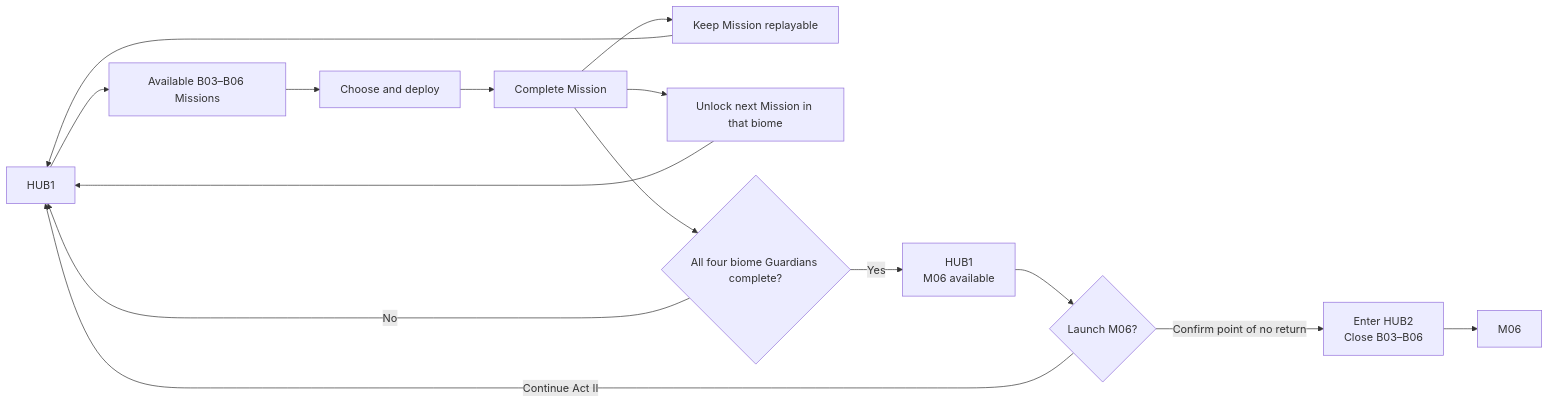
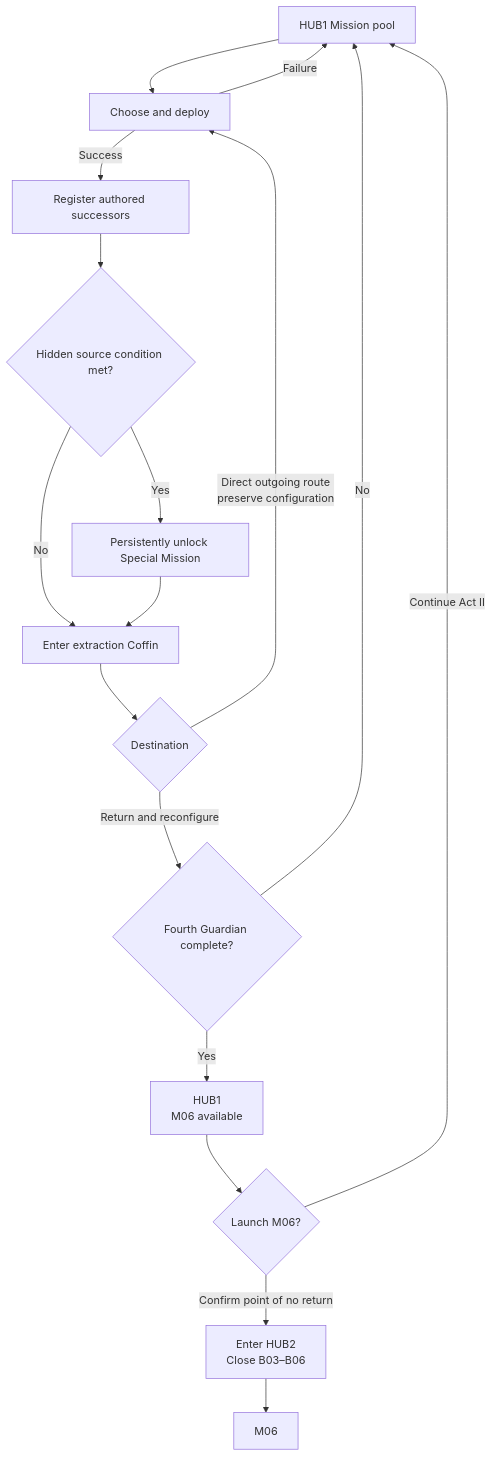
One commit to justgook/imprint-zero changed the second of 2 diagrams in missions/overview.md. Above: the diagram before and after it, drawn with Mermaid. The commit also changed other lines of this file and 41 other files, not shown here.

````diff
--- a/missions/overview.md
+++ b/missions/overview.md
@@ -348,17 +359,19 @@
 ```mermaid
-flowchart LR
-    HUB1[HUB1] --> Pool[Available B03–B06 Missions]
-    Pool --> Mission[Choose and deploy]
-    Mission --> Complete[Complete Mission]
-    Complete --> Replay[Keep Mission replayable]
-    Complete --> Unlock[Unlock next Mission in that biome]
-    Replay --> HUB1
-    Unlock --> HUB1
-    Complete --> Gate{All four biome Guardians complete?}
+flowchart TD
+    HUB1[HUB1 Mission pool] --> Mission[Choose and deploy]
+    Mission -->|Failure| HUB1
+    Mission -->|Success| Register[Register authored successors]
+    Register --> Hidden{Hidden source condition met?}
+    Hidden -->|Yes| Special[Persistently unlock Special Mission]
+    Hidden -->|No| Extract[Enter extraction Coffin]
+    Special --> Extract
+    Extract --> Choice{Destination}
+    Choice -->|Direct outgoing route<br/>preserve configuration| Mission
+    Choice -->|Return and reconfigure| Gate{Fourth Guardian complete?}
     Gate -- No --> HUB1
     Gate -- Yes --> Ready[HUB1<br/>M06 available]
-    Ready --> Choice{Launch M06?}
-    Choice -- Continue Act II --> HUB1
-    Choice -- Confirm point of no return --> HUB2[Enter HUB2<br/>Close B03–B06]
+    Ready --> Launch{Launch M06?}
+    Launch -- Continue Act II --> HUB1
+    Launch -- Confirm point of no return --> HUB2[Enter HUB2<br/>Close B03–B06]
     HUB2 --> M06[M06]
 ```
````
